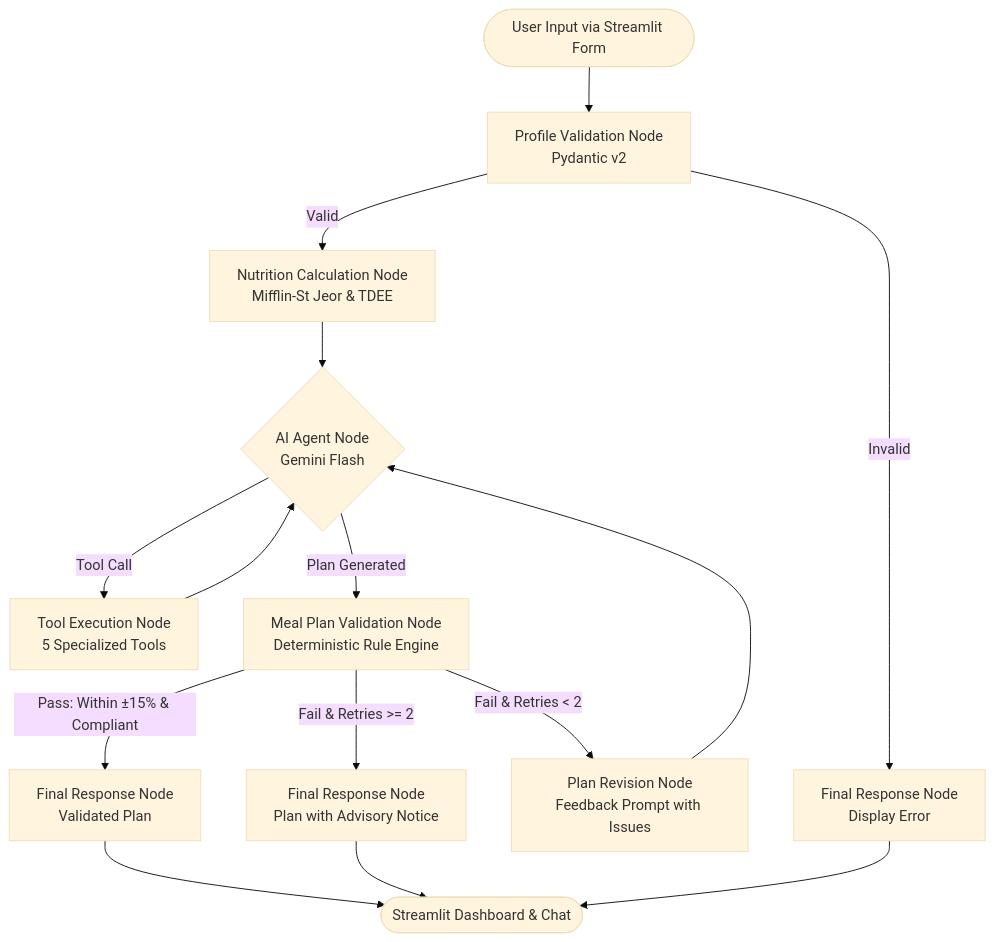
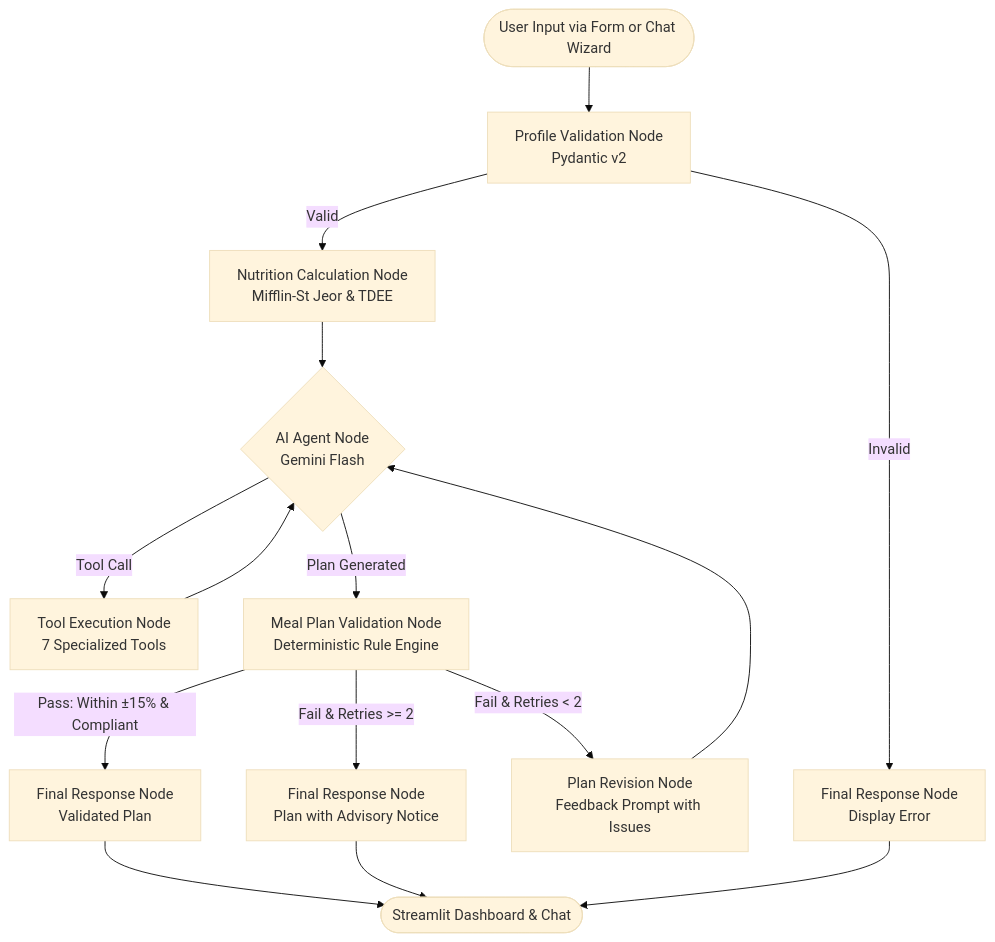
The diagram in README.md (MatamDarshan/Food-and-Nutrition-Planning-Agent), drawn with Mermaid (base theme) before and after one commit. The commit also changed other lines of this file and 4 other files, not shown here.

Commit message:
Phase 3: optional conversational profile wizard with shared Pydantic validation

````diff
--- a/README.md
+++ b/README.md
@@ -49,22 +49,22 @@
 ```mermaid
 flowchart TD
-    A([User Input via Streamlit Form]) --> B[Profile Validation Node\nPydantic v2]
+    A([User Input via Form or Chat Wizard]) --> B[Profile Validation Node\nPydantic v2]
     B -->|Valid| C[Nutrition Calculation Node\nMifflin-St Jeor & TDEE]
     B -->|Invalid| Z[Final Response Node\nDisplay Error]
     
     C --> D{AI Agent Node\nGemini Flash}
     
-    D -->|Tool Call| E[Tool Execution Node\n5 Specialized Tools]
+    D -->|Tool Call| E[Tool Execution Node\n7 Specialized Tools]
     E --> D
     
     D -->|Plan Generated| F[Meal Plan Validation Node\nDeterministic Rule Engine]
     
     F -->|Pass: Within ±15% & Compliant| G[Final Response Node\nValidated Plan]
     F -->|Fail & Retries < 2| H[Plan Revision Node\nFeedback Prompt with Issues]
     H --> D
     F -->|Fail & Retries >= 2| I[Final Response Node\nPlan with Advisory Notice]
     
     G --> J([Streamlit Dashboard & Chat])
     I --> J
     Z --> J
 ```
````
